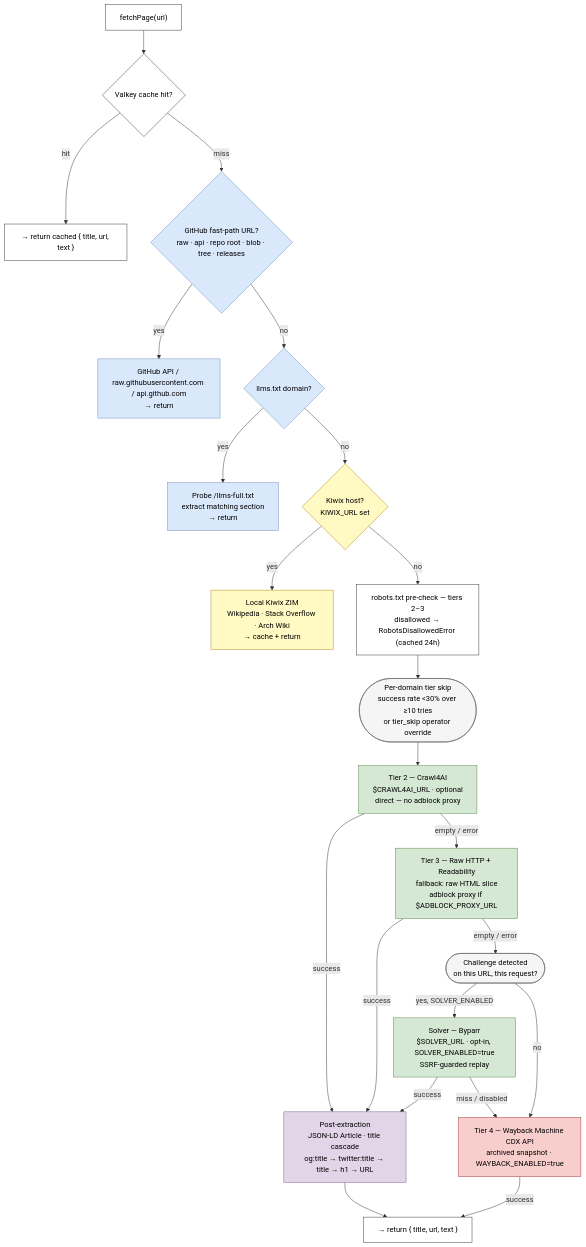
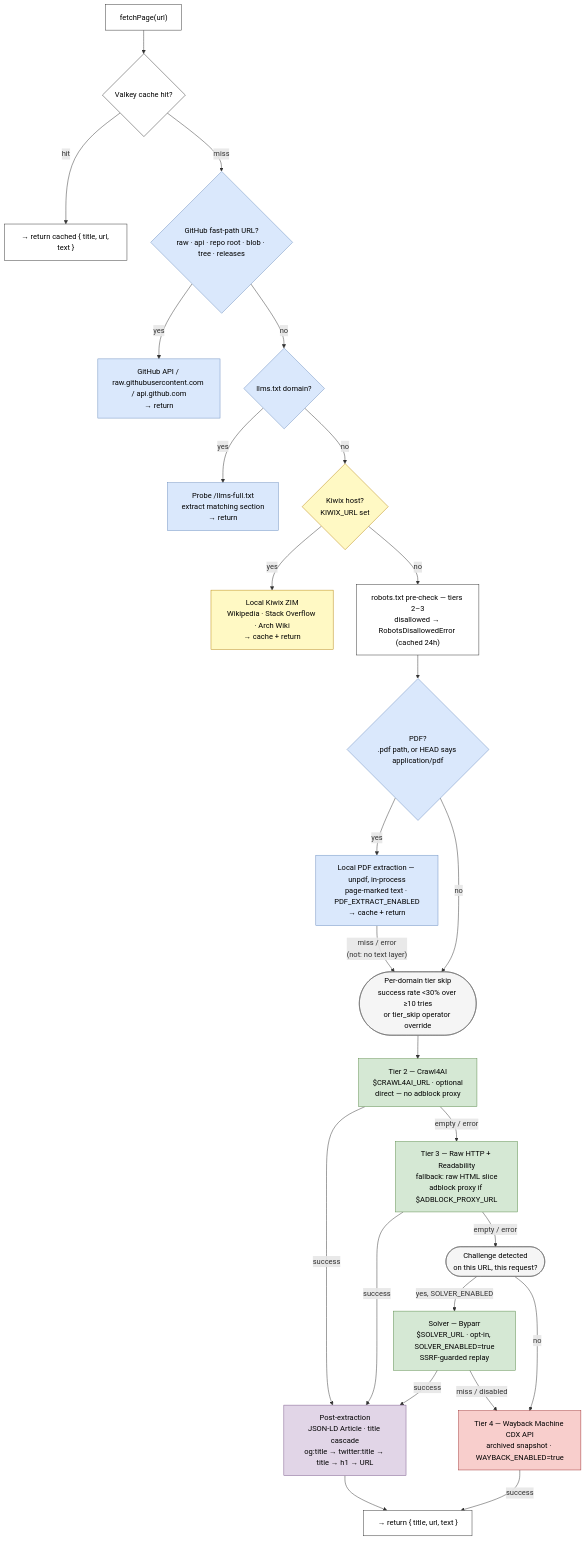
The diagram in README.md (blakemartz/private-search-4-agents), drawn with Mermaid before and after one commit. The commit also changed other lines of this file and 33 other files, not shown here.

First line of the commit message:
feat(fetch): extract PDF text locally with unpdf

````diff
--- a/README.md
+++ b/README.md
@@ -159,62 +160,69 @@
 ```mermaid
 flowchart TD
     entry["fetchPage(url)"]
     cache{"Valkey cache hit?"}
     cached["→ return cached { title, url, text }"]
     github{"GitHub fast-path URL?\nraw · api · repo root · blob · tree · releases"}
     gh_fetch["GitHub API / raw.githubusercontent.com / api.github.com\n→ return"]
     llms{"llms.txt domain?"}
     llms_fetch["Probe /llms-full.txt\nextract matching section\n→ return"]
     kiwix{"Kiwix host?\nKIWIX_URL set"}
     kiwix_fetch["Local Kiwix ZIM\nWikipedia · Stack Overflow · Arch Wiki\n→ cache + return"]
     robots["robots.txt pre-check — tiers 2–3\ndisallowed → RobotsDisallowedError (cached 24h)"]
+    pdf{"PDF?\n.pdf path, or HEAD says application/pdf"}
+    pdf_fetch["Local PDF extraction — unpdf, in-process\npage-marked text · PDF_EXTRACT_ENABLED\n→ cache + return"]
     tier_skip(["Per-domain tier skip\nsuccess rate &lt;30% over ≥10 tries\nor tier_skip operator override"])
     t2["Tier 2 — Crawl4AI\n$CRAWL4AI_URL · optional\ndirect — no adblock proxy"]
     t3["Tier 3 — Raw HTTP + Readability\nfallback: raw HTML slice\nadblock proxy if $ADBLOCK_PROXY_URL"]
     challenge(["Challenge detected\non this URL, this request?"])
     solver["Solver — Byparr\n$SOLVER_URL · opt-in, SOLVER_ENABLED=true\nSSRF-guarded replay"]
     t4["Tier 4 — Wayback Machine CDX API\narchived snapshot · WAYBACK_ENABLED=true"]
     post["Post-extraction\nJSON-LD Article · title cascade\nog:title → twitter:title → title → h1 → URL"]
     result["→ return { title, url, text }"]
 
     entry --> cache
     cache -->|hit| cached
     cache -->|miss| github
     github -->|yes| gh_fetch
     github -->|no| llms
     llms -->|yes| llms_fetch
     llms -->|no| kiwix
     kiwix -->|yes| kiwix_fetch
     kiwix -->|no| robots
-    robots --> tier_skip
+    robots --> pdf
+    pdf -->|yes| pdf_fetch
+    pdf -->|no| tier_skip
+    pdf_fetch -->|"miss / error\n(not: no text layer)"| tier_skip
     tier_skip --> t2
     t2 -->|success| post
     t2 -->|"empty / error"| t3
     t3 -->|success| post
     t3 -->|"empty / error"| challenge
     challenge -->|"yes, SOLVER_ENABLED"| solver
     challenge -->|no| t4
     solver -->|success| post
     solver -->|"miss / disabled"| t4
     t4 -->|success| result
     post --> result
 
     style entry fill:#ffffff,stroke:#333333,color:#000000
     style cache fill:#ffffff,stroke:#333333,color:#000000
     style cached fill:#ffffff,stroke:#333333,color:#000000
     style github fill:#dae8fc,stroke:#6c8ebf,color:#000000
     style gh_fetch fill:#dae8fc,stroke:#6c8ebf,color:#000000
     style llms fill:#dae8fc,stroke:#6c8ebf,color:#000000
     style llms_fetch fill:#dae8fc,stroke:#6c8ebf,color:#000000
     style kiwix fill:#fff9c4,stroke:#b8860b,color:#000000
     style kiwix_fetch fill:#fff9c4,stroke:#b8860b,color:#000000
     style robots fill:#ffffff,stroke:#333333,color:#000000
+    style pdf fill:#dae8fc,stroke:#6c8ebf,color:#000000
+    style pdf_fetch fill:#dae8fc,stroke:#6c8ebf,color:#000000
     style tier_skip fill:#f5f5f5,stroke:#666666,color:#000000
     style t2 fill:#d5e8d4,stroke:#5a8a4a,color:#000000
     style t3 fill:#d5e8d4,stroke:#5a8a4a,color:#000000
     style challenge fill:#f5f5f5,stroke:#666666,color:#000000
     style solver fill:#d5e8d4,stroke:#5a8a4a,color:#000000
     style t4 fill:#f8cecc,stroke:#a03030,color:#000000
     style post fill:#e1d5e7,stroke:#7a5a8a,color:#000000
     style result fill:#ffffff,stroke:#333333,color:#000000
 ```
````
